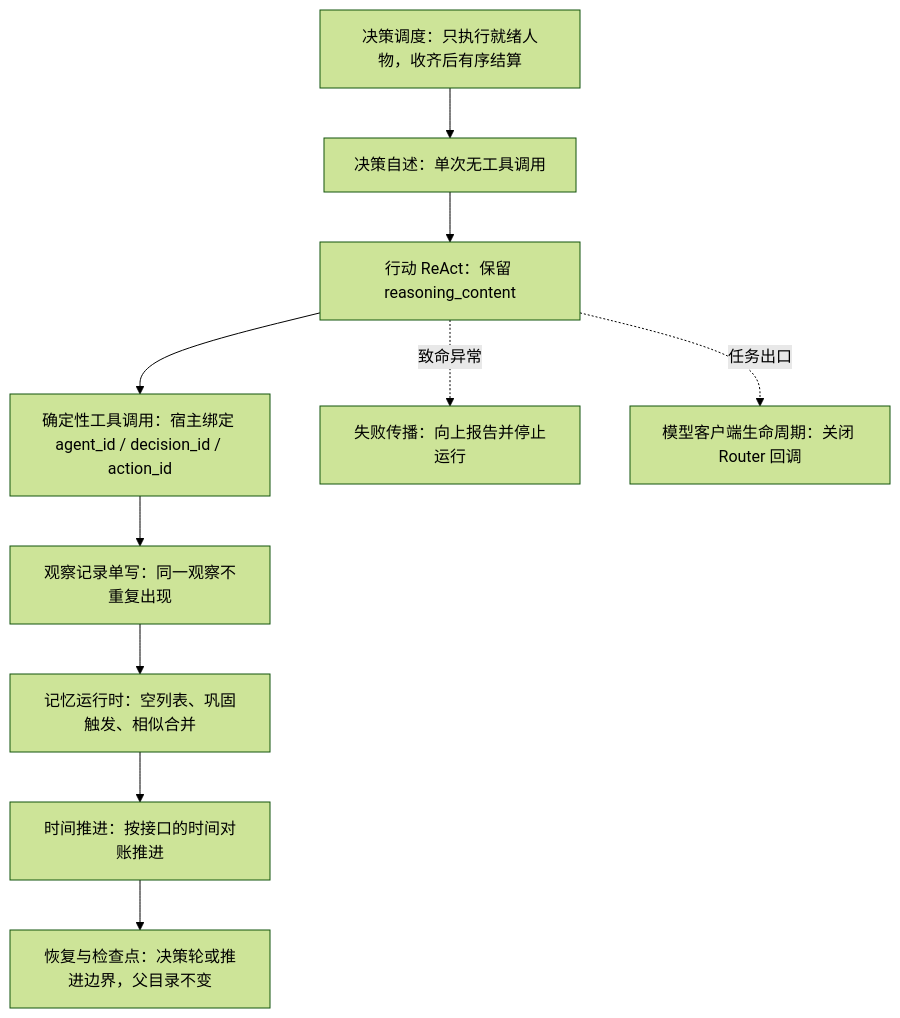
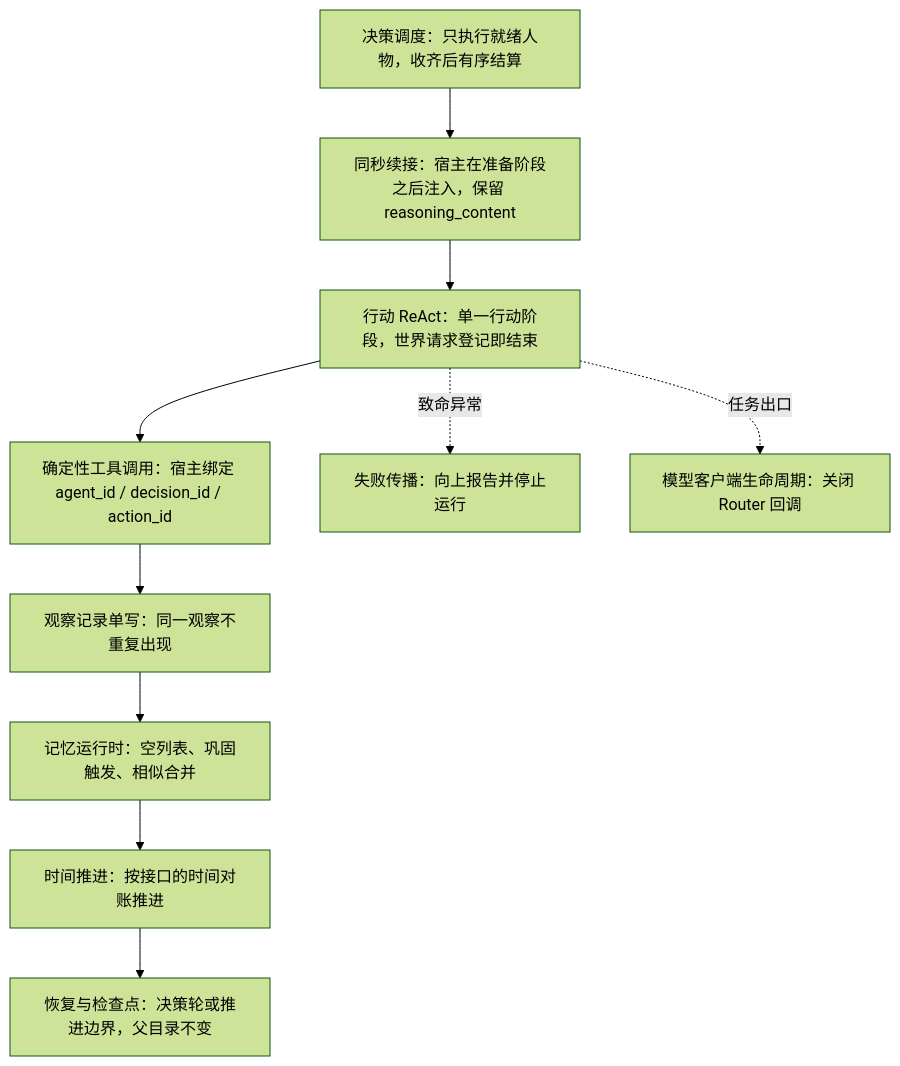
Before and after one commit to HoldThatThgt/WorldMock: the diagram in docs/dev/SPEC-as2-integration.md, drawn with Mermaid (forest theme). The commit also changed other lines of this file and 3 other files, not shown here.

````diff
--- a/docs/dev/SPEC-as2-integration.md
+++ b/docs/dev/SPEC-as2-integration.md
@@ -56,12 +57,12 @@
 ```mermaid
 flowchart TD
-    S[决策调度：只执行就绪人物，收齐后有序结算] --> MONO[决策自述：单次无工具调用]
-    MONO --> ACT[行动 ReAct：保留 reasoning_content]
+    S[决策调度：只执行就绪人物，收齐后有序结算] --> CONT[同秒续接：宿主在准备阶段之后注入，保留 reasoning_content]
+    CONT --> ACT[行动 ReAct：单一行动阶段，世界请求登记即结束]
     ACT --> TOOL[确定性工具调用：宿主绑定 agent_id / decision_id / action_id]
     TOOL --> MSG[观察记录单写：同一观察不重复出现]
     MSG --> MEM[记忆运行时：空列表、巩固触发、相似合并]
     MEM --> ADV[时间推进：按接口的时间对账推进]
     ADV --> CK[恢复与检查点：决策轮或推进边界，父目录不变]
     ACT -.致命异常.-> FAIL[失败传播：向上报告并停止运行]
     ACT -.任务出口.-> LIFE[模型客户端生命周期：关闭 Router 回调]
 ```
````
